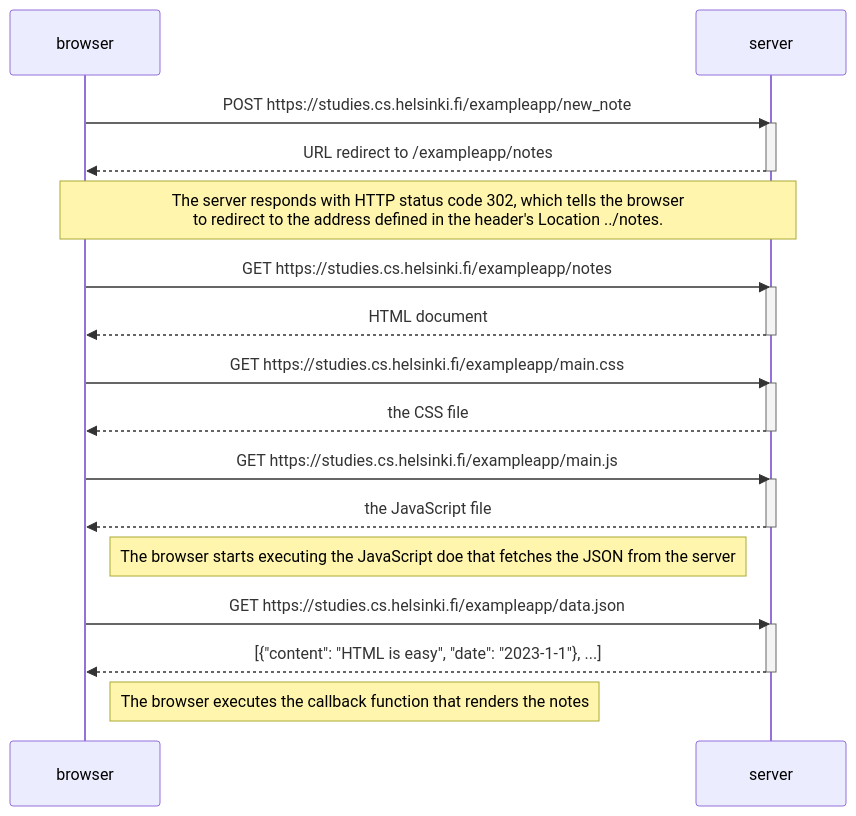
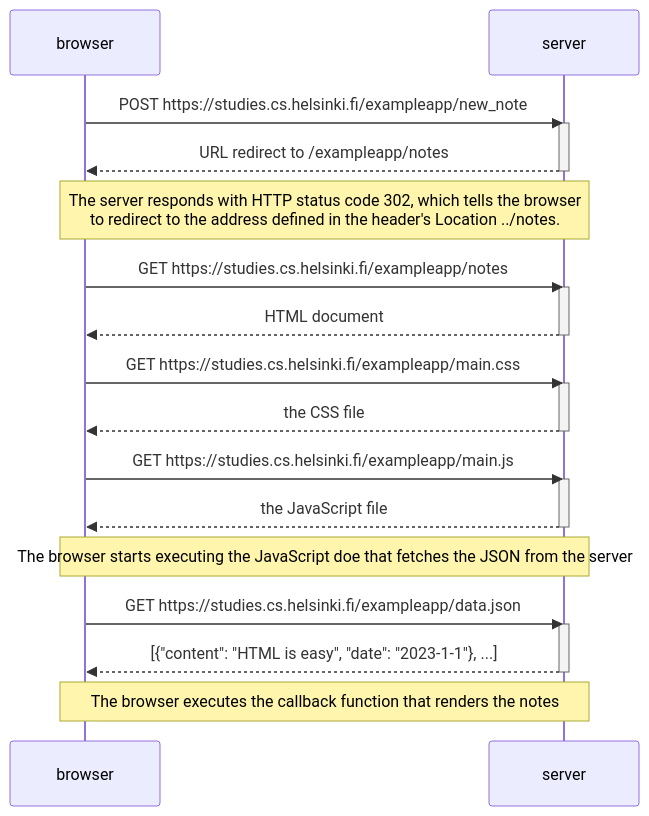
The diagram in 0.4: New note diagram.md (gitairman/mermaid), drawn with Mermaid before and after one commit.

Commit message:
Update 0.4: New note diagram.md

````diff
--- a/0.4: New note diagram.md
+++ b/0.4: New note diagram.md
@@ -5,29 +5,29 @@
 ```mermaid
 sequenceDiagram
     participant browser
     participant server
     browser->>server: POST https://studies.cs.helsinki.fi/exampleapp/new_note
     activate server
     server-->>browser: URL redirect to /exampleapp/notes
     deactivate server
     Note over browser, server: The server responds with HTTP status code 302, which tells the browser<br/>to redirect to the address defined in the header's Location ../notes.
     browser->>server: GET https://studies.cs.helsinki.fi/exampleapp/notes
     activate server
     server-->>browser: HTML document
     deactivate server
     browser->>server: GET https://studies.cs.helsinki.fi/exampleapp/main.css
     activate server
     server-->>browser: the CSS file
     deactivate server
     browser->>server: GET https://studies.cs.helsinki.fi/exampleapp/main.js
     activate server
     server-->>browser: the JavaScript file
     deactivate server
-    Note right of browser: The browser starts executing the JavaScript doe that fetches the JSON from the server
+    Note over browser, server: The browser starts executing the JavaScript doe that fetches the JSON from the server
     browser->>server: GET https://studies.cs.helsinki.fi/exampleapp/data.json
     activate server
     server-->>browser: [{"content": "HTML is easy", "date": "2023-1-1"}, ...]
     deactivate server
-    Note right of browser: The browser executes the callback function that renders the notes
+    Note over browser, server: The browser executes the callback function that renders the notes
 
 ```
````
